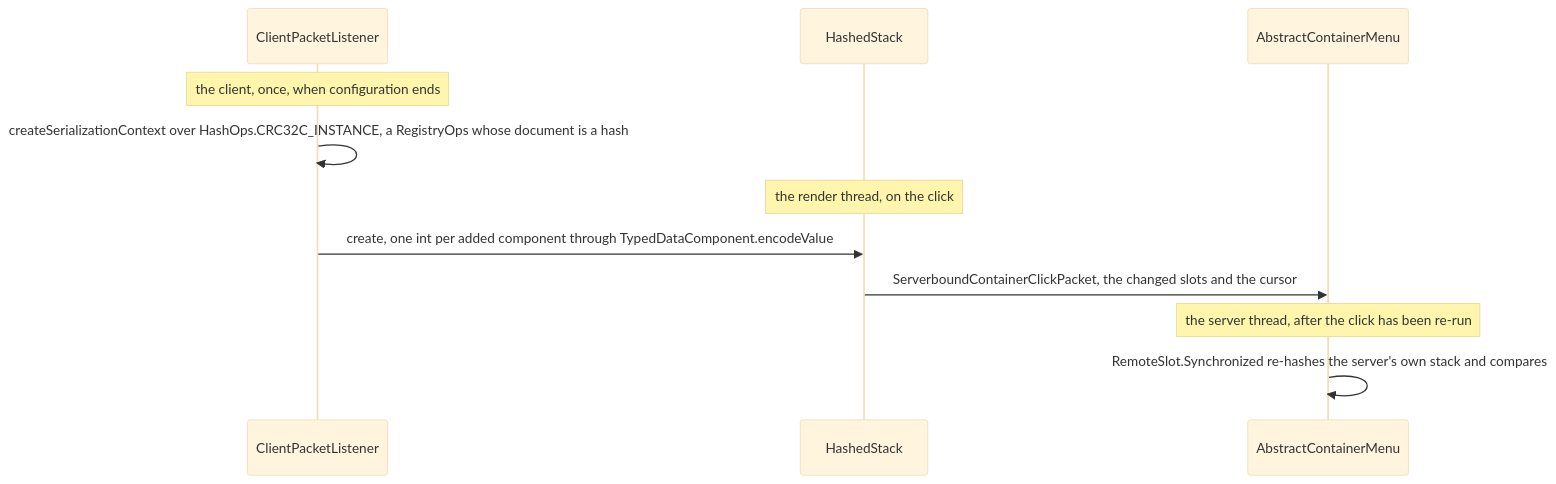
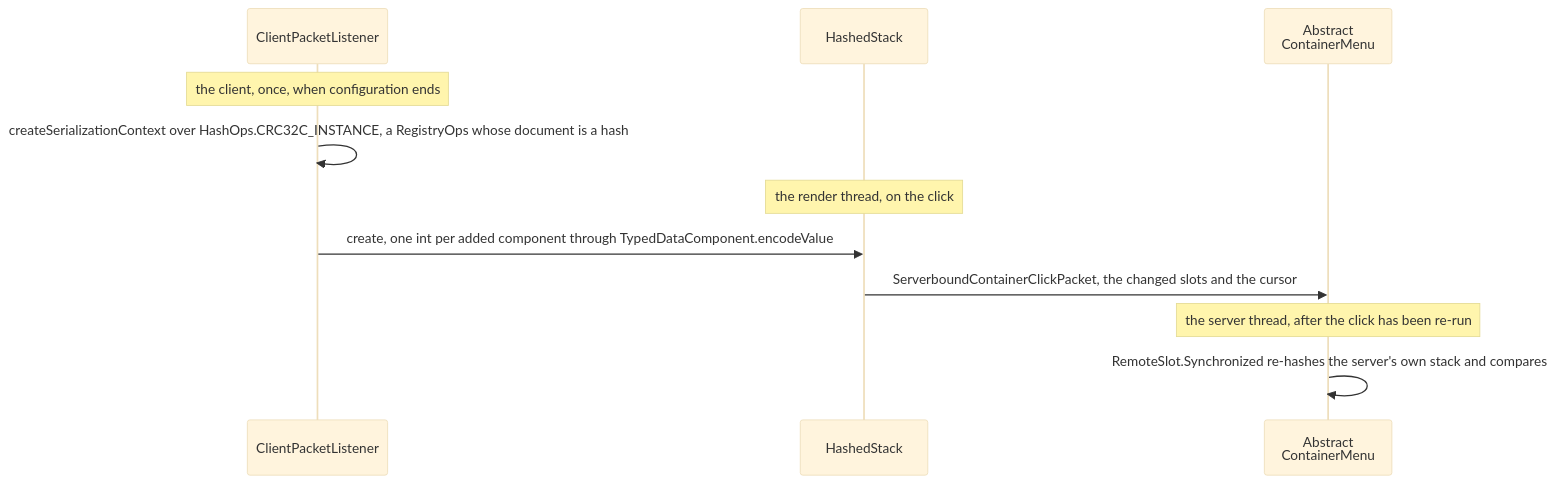
The third of 4 diagrams in src/systems/foundations/codecs-nbt-json.md (AlexanderjFraser/MinecraftDocs), drawn with Mermaid (base theme) before and after one commit. The commit also changed 68 other files, not shown here.

````diff
--- a/src/systems/foundations/codecs-nbt-json.md
+++ b/src/systems/foundations/codecs-nbt-json.md
@@ -116,14 +116,14 @@
 ```mermaid
 sequenceDiagram
     participant CPL as ClientPacketListener
     participant HS as HashedStack
-    participant ACM as AbstractContainerMenu
+    participant ACM as Abstract<br/>ContainerMenu
 
     Note over CPL: the client, once, when configuration ends
     CPL->>CPL: createSerializationContext over HashOps.CRC32C_INSTANCE, a RegistryOps whose document is a hash
     Note over HS: the render thread, on the click
     CPL->>HS: create, one int per added component through TypedDataComponent.encodeValue
     HS->>ACM: ServerboundContainerClickPacket, the changed slots and the cursor
     Note over ACM: the server thread, after the click has been re-run
     ACM->>ACM: RemoteSlot.Synchronized re-hashes the server's own stack and compares
 ```
````
